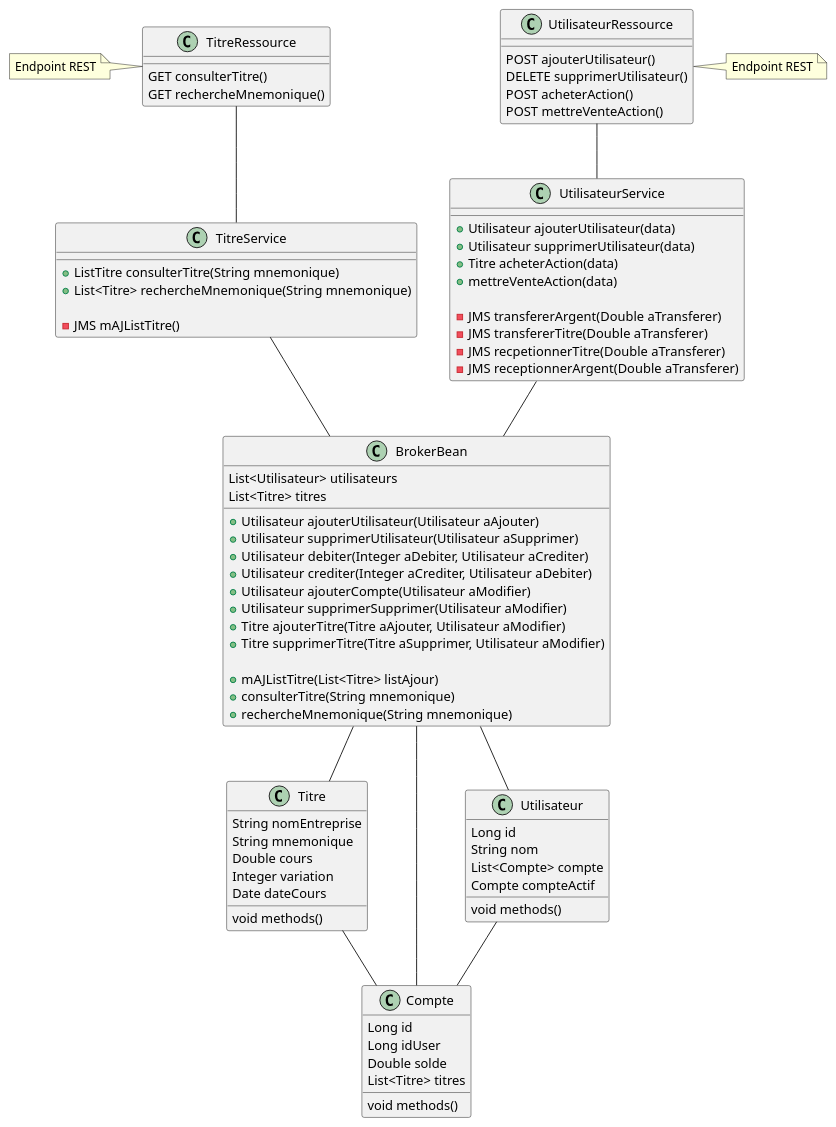
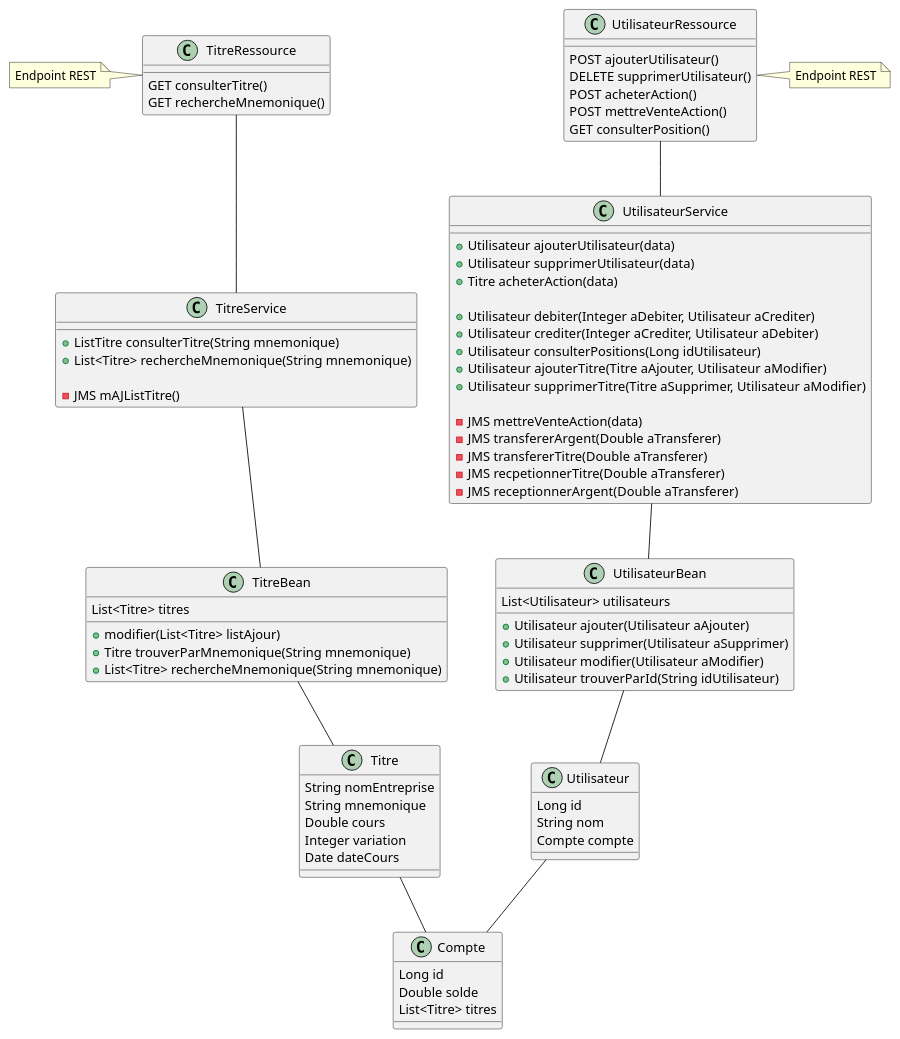
One commit to Pardival/ApplicationBroker changed the diagram in diagram.wsd. Above: the diagram before and after it, drawn with PlantUML.

Commit message:
Modification diagramme classe broker

```diff
--- a/diagram.wsd
+++ b/diagram.wsd
@@ -1,90 +1,91 @@
 @startuml classdiagram
     Titre -- Compte
     Utilisateur -- Compte
-    BrokerBean -- Titre
-    BrokerBean -- Utilisateur
-    BrokerBean -- Compte
-    TitreService -- BrokerBean
+    TitreBean -- Titre
+    UtilisateurBean -- Utilisateur
+
+    TitreService -- TitreBean
     TitreRessource -- TitreService
-    UtilisateurService -- BrokerBean
+    UtilisateurService -- UtilisateurBean
     UtilisateurRessource -- UtilisateurService
 
 
     class Titre {
         String nomEntreprise
         String mnemonique
         Double cours 
         Integer variation
         Date dateCours
-        void methods()
     }
 
     class Compte {
         Long id
-        Long idUser
         Double solde
         List<Titre> titres
-        void methods()
     }
 
     class Utilisateur {
         Long id
         String nom
-        List<Compte> compte
-        Compte compteActif
-        void methods()
+        Compte compte
     }
 
-    class BrokerBean {
+    class TitreBean {
+        List<Titre> titres
+
+        + modifier(List<Titre> listAjour)
+        + Titre trouverParMnemonique(String mnemonique)
+        + List<Titre> rechercheMnemonique(String mnemonique)
+    }
+
+    class UtilisateurBean {
         List<Utilisateur> utilisateurs
-        List<Titre> titres
-        
-        + Utilisateur ajouterUtilisateur(Utilisateur aAjouter)
-        + Utilisateur supprimerUtilisateur(Utilisateur aSupprimer)
-        + Utilisateur debiter(Integer aDebiter, Utilisateur aCrediter)
-        + Utilisateur crediter(Integer aCrediter, Utilisateur aDebiter)
-        + Utilisateur ajouterCompte(Utilisateur aModifier)
-        + Utilisateur supprimerSupprimer(Utilisateur aModifier)
-        + Titre ajouterTitre(Titre aAjouter, Utilisateur aModifier)
-        + Titre supprimerTitre(Titre aSupprimer, Utilisateur aModifier)
 
-        + mAJListTitre(List<Titre> listAjour)
-        + consulterTitre(String mnemonique)
-        + rechercheMnemonique(String mnemonique)
+        + Utilisateur ajouter(Utilisateur aAjouter)
+        + Utilisateur supprimer(Utilisateur aSupprimer)
+        + Utilisateur modifier(Utilisateur aModifier)
+        + Utilisateur trouverParId(String idUtilisateur)
     }
 
     Class TitreService {
         + ListTitre consulterTitre(String mnemonique)
         + List<Titre> rechercheMnemonique(String mnemonique)
 
         - JMS mAJListTitre()
     }
 
     class TitreRessource {
         GET consulterTitre()
         GET rechercheMnemonique()
 
     }
     note left: Endpoint REST
 
     Class UtilisateurService {
         + Utilisateur ajouterUtilisateur(data)
         + Utilisateur supprimerUtilisateur(data)
         + Titre acheterAction(data)
-        + mettreVenteAction(data)
 
+        + Utilisateur debiter(Integer aDebiter, Utilisateur aCrediter)
+        + Utilisateur crediter(Integer aCrediter, Utilisateur aDebiter)
+        + Utilisateur consulterPositions(Long idUtilisateur)
+        + Utilisateur ajouterTitre(Titre aAjouter, Utilisateur aModifier)
+        + Utilisateur supprimerTitre(Titre aSupprimer, Utilisateur aModifier)
+
+        - JMS mettreVenteAction(data)
         - JMS transfererArgent(Double aTransferer)
         - JMS transfererTitre(Double aTransferer)
         - JMS recpetionnerTitre(Double aTransferer)
         - JMS receptionnerArgent(Double aTransferer)
     }
 
     class UtilisateurRessource {
         POST ajouterUtilisateur()
         DELETE supprimerUtilisateur()
         POST acheterAction()
         POST mettreVenteAction()
+        GET consulterPosition()
     }
     note right: Endpoint REST 
 
 @enduml
```
